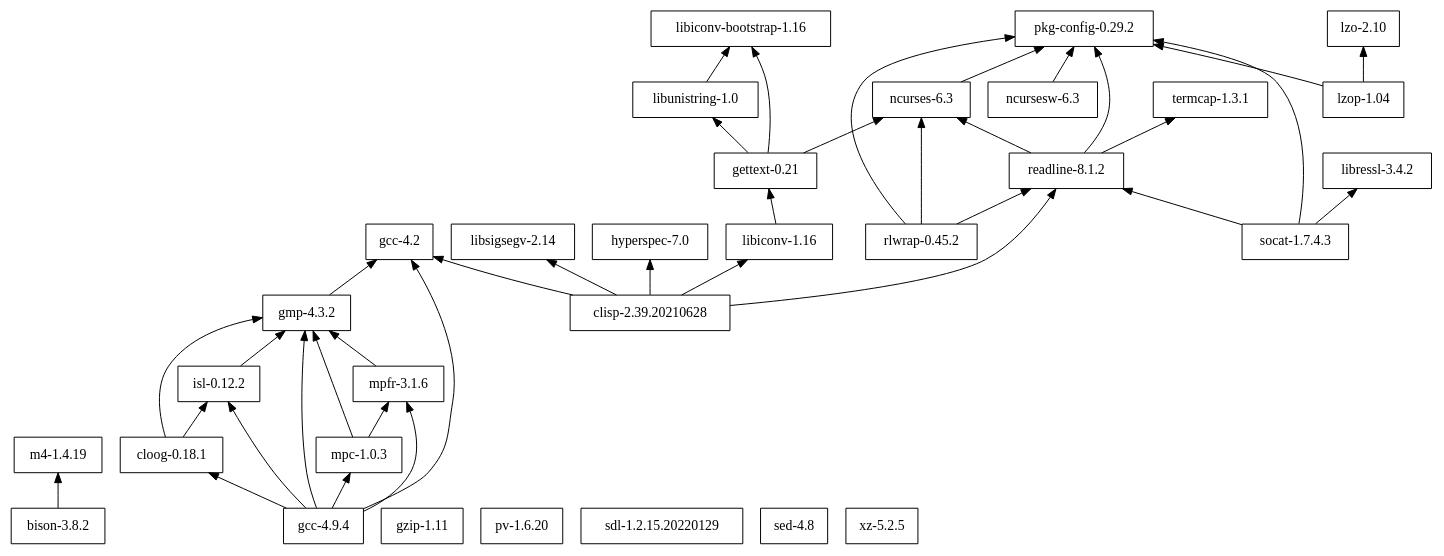
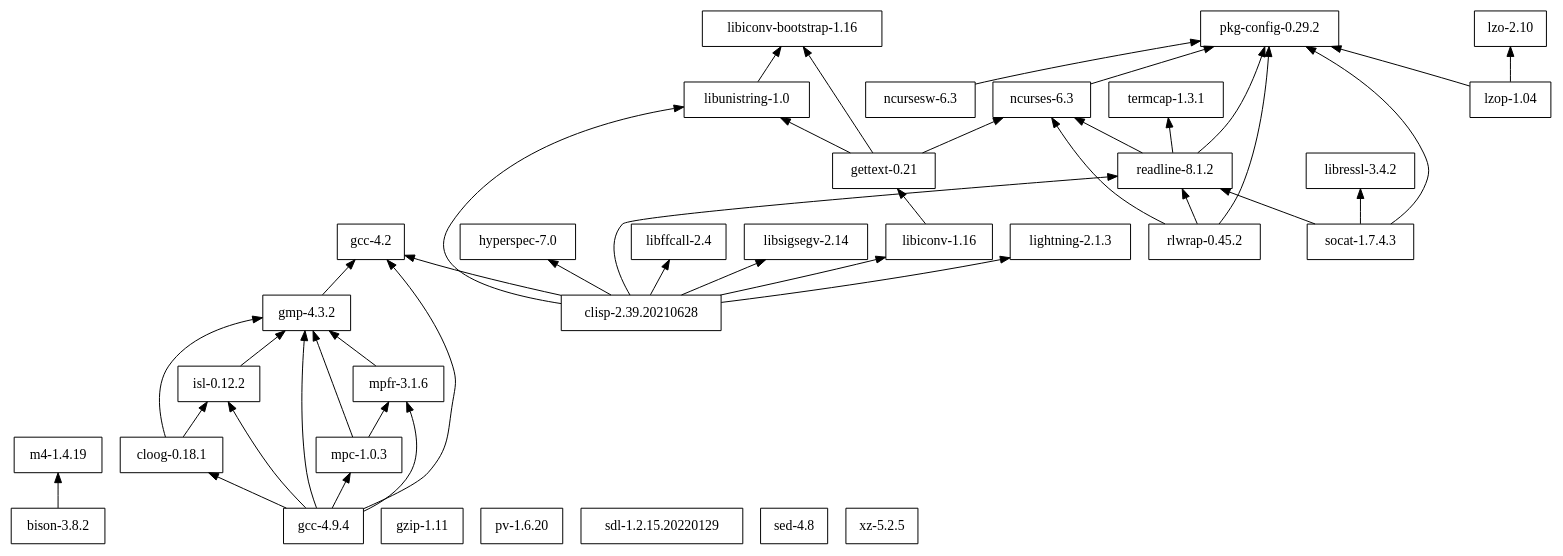
The diagram in leopardsh/deps/dependencies.dot (cellularmitosis/leopard.sh), drawn with Graphviz before and after one commit. The commit also changed 7 other files, not shown here.

```diff
--- a/leopardsh/deps/dependencies.dot
+++ b/leopardsh/deps/dependencies.dot
@@ -1,58 +1,62 @@
 digraph mygraph {
 node [shape=box];
 rankdir = BT;
 
 "bison-3.8.2" -> "m4-1.4.19"
 "clisp-2.39.20210628" -> "gcc-4.2"
 "clisp-2.39.20210628" -> "hyperspec-7.0"
 "clisp-2.39.20210628" -> "libiconv-1.16"
+"clisp-2.39.20210628" -> "libffcall-2.4"
 "clisp-2.39.20210628" -> "libsigsegv-2.14"
+"clisp-2.39.20210628" -> "libunistring-1.0"
+"clisp-2.39.20210628" -> "lightning-2.1.3"
 "clisp-2.39.20210628" -> "readline-8.1.2"
 "cloog-0.18.1" -> "gmp-4.3.2"
 "cloog-0.18.1" -> "isl-0.12.2"
 "gcc-4.2"
 "gcc-4.9.4" -> "cloog-0.18.1"
 "gcc-4.9.4" -> "gcc-4.2"
 "gcc-4.9.4" -> "gmp-4.3.2"
 "gcc-4.9.4" -> "isl-0.12.2"
 "gcc-4.9.4" -> "mpc-1.0.3"
 "gcc-4.9.4" -> "mpfr-3.1.6"
 "gettext-0.21" -> "libiconv-bootstrap-1.16"
 "gettext-0.21" -> "libunistring-1.0"
 "gettext-0.21" -> "ncurses-6.3"
 "gmp-4.3.2" -> "gcc-4.2"
 "gzip-1.11"
 "hyperspec-7.0"
 "isl-0.12.2" -> "gmp-4.3.2"
-"libiconv-1.16"
+"libffcall-2.4"
 "libiconv-1.16" -> "gettext-0.21"
 "libiconv-bootstrap-1.16"
 "libressl-3.4.2"
 "libsigsegv-2.14"
 "libunistring-1.0" -> "libiconv-bootstrap-1.16"
+"lightning-2.1.3"
 "lzo-2.10"
 "lzop-1.04" -> "lzo-2.10"
 "lzop-1.04" -> "pkg-config-0.29.2"
 "m4-1.4.19"
 "mpc-1.0.3" -> "gmp-4.3.2"
 "mpc-1.0.3" -> "mpfr-3.1.6"
 "mpfr-3.1.6" -> "gmp-4.3.2"
 "ncurses-6.3" -> "pkg-config-0.29.2"
 "ncursesw-6.3" -> "pkg-config-0.29.2"
 "pkg-config-0.29.2"
 "pv-1.6.20"
 "readline-8.1.2" -> "ncurses-6.3"
 "readline-8.1.2" -> "pkg-config-0.29.2"
 "readline-8.1.2" -> "termcap-1.3.1"
 "rlwrap-0.45.2" -> "ncurses-6.3"
 "rlwrap-0.45.2" -> "pkg-config-0.29.2"
 "rlwrap-0.45.2" -> "readline-8.1.2"
 "sdl-1.2.15.20220129"
 "sed-4.8"
 "socat-1.7.4.3" -> "libressl-3.4.2"
 "socat-1.7.4.3" -> "pkg-config-0.29.2"
 "socat-1.7.4.3" -> "readline-8.1.2"
 "termcap-1.3.1"
 "xz-5.2.5"
 
 }
```
